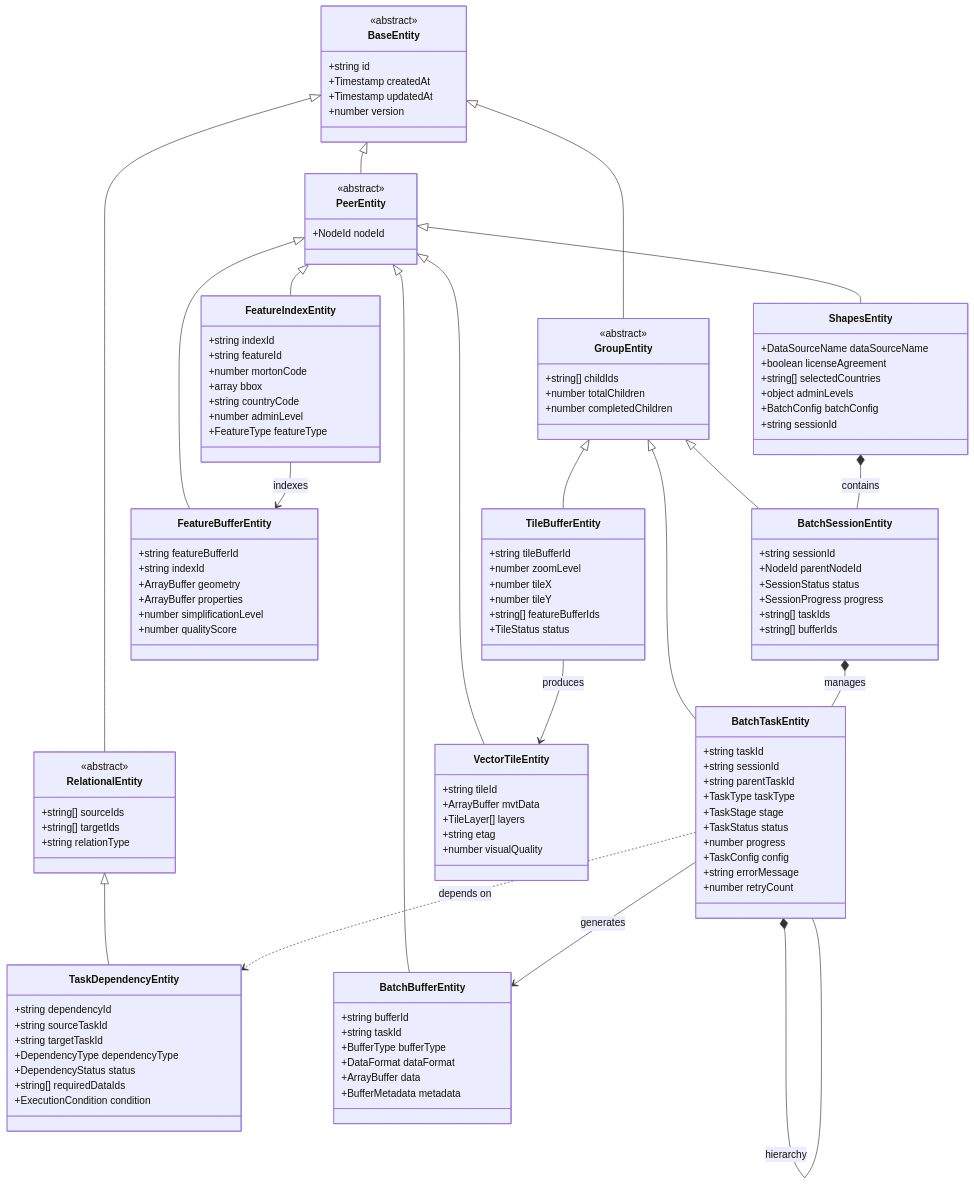
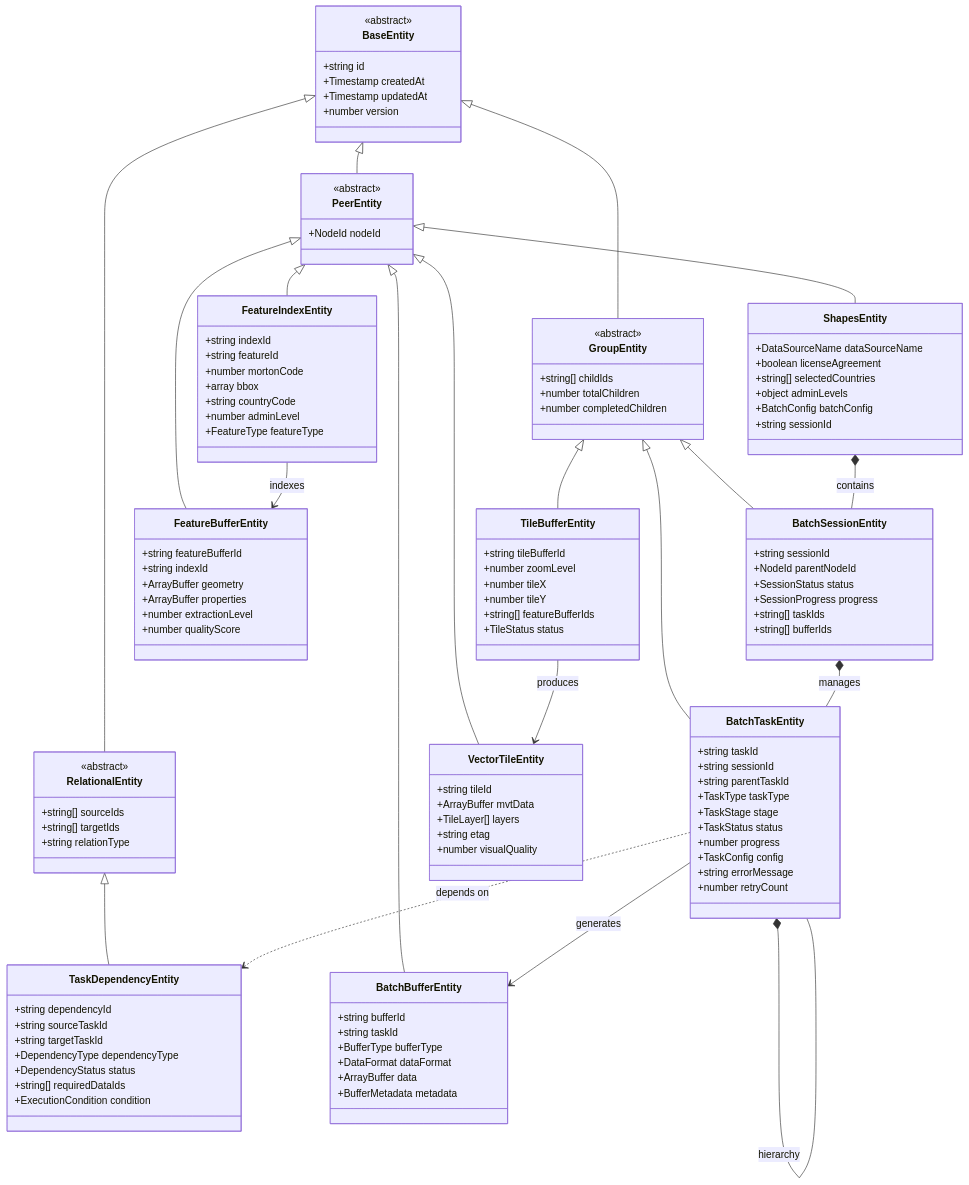
The second of 3 diagrams in docs/deprecated/REPORT/shape/data-model.md (kubohiroya/hierarchidb), drawn with Mermaid before and after one commit. The commit also changed other lines of this file and 185 other files, not shown here.

```diff
--- a/docs/deprecated/REPORT/shape/data-model.md
+++ b/docs/deprecated/REPORT/shape/data-model.md
@@ -1093,7 +1093,7 @@
         +string indexId
         +ArrayBuffer geometry
         +ArrayBuffer properties
-        +number simplificationLevel
+        +number extractionLevel
         +number qualityScore
     }
     
```
